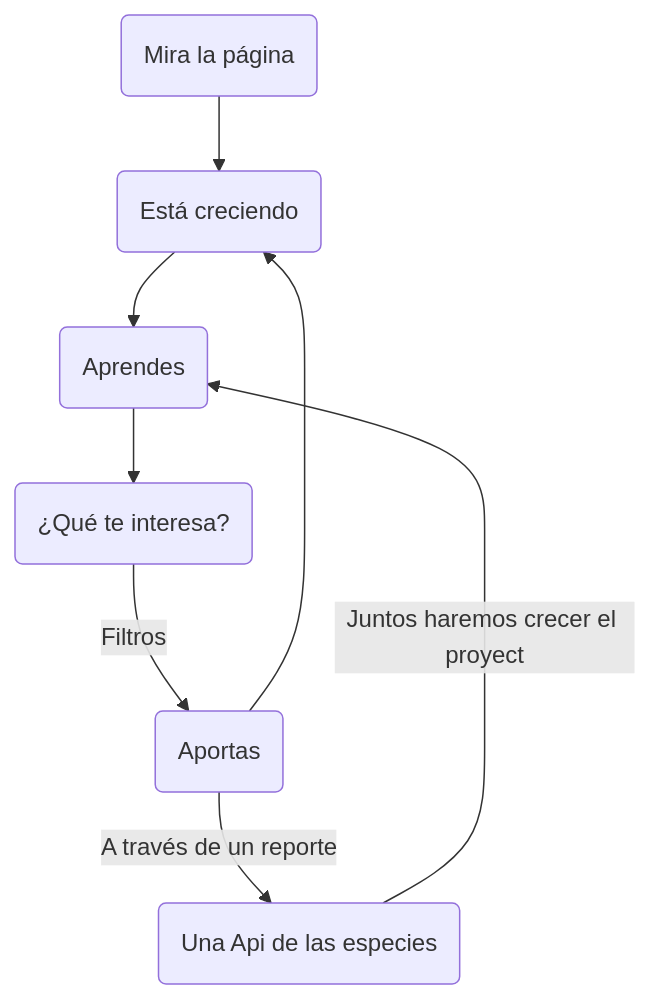
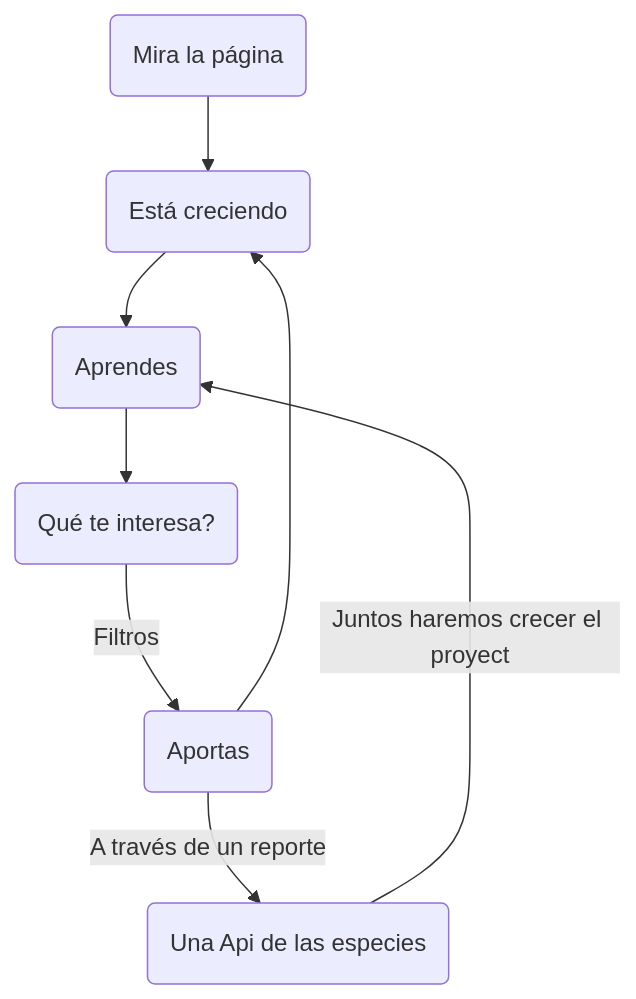
The second of 2 diagrams in README.md (martinGM05/Hack-The-Ocean-Front), drawn with Mermaid before and after one commit.

````diff
--- a/README.md
+++ b/README.md
@@ -54,12 +54,12 @@
 ```mermaid
 flowchart TB
 id1-->id6-->id2-->id3--Filtros-->id4--A través de un reporte-->id7
 id7--Juntos haremos crecer el proyecto-->id2
 id4-->id6
 id1(Mira la página)
 id2(Aprendes)
 id6(Está creciendo)
-id3(¿Qué te interesa?)
+id3(Qué te interesa?)
 id4(Aportas)
 id7(Una Api de las especies)
 ```
````
